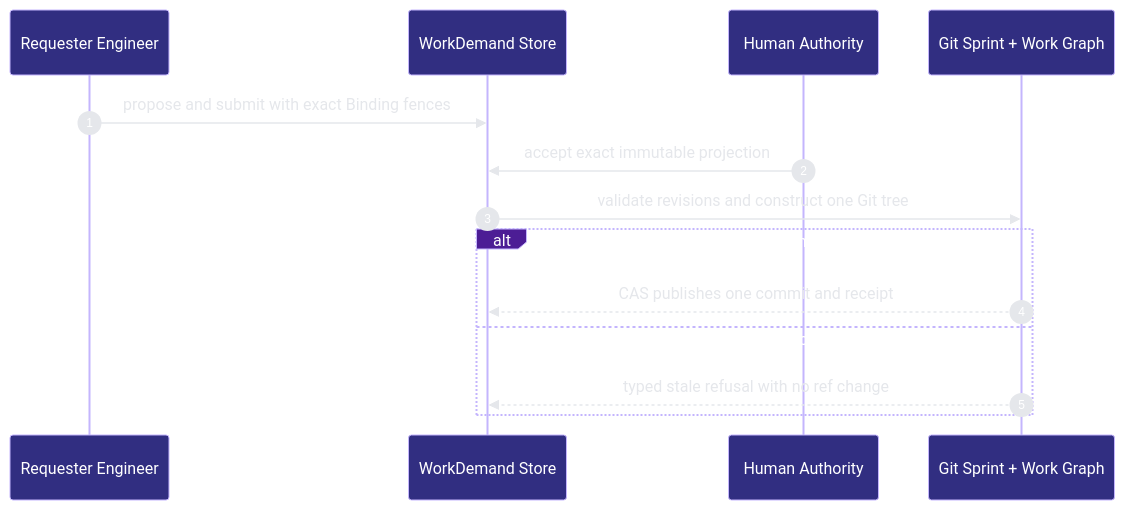
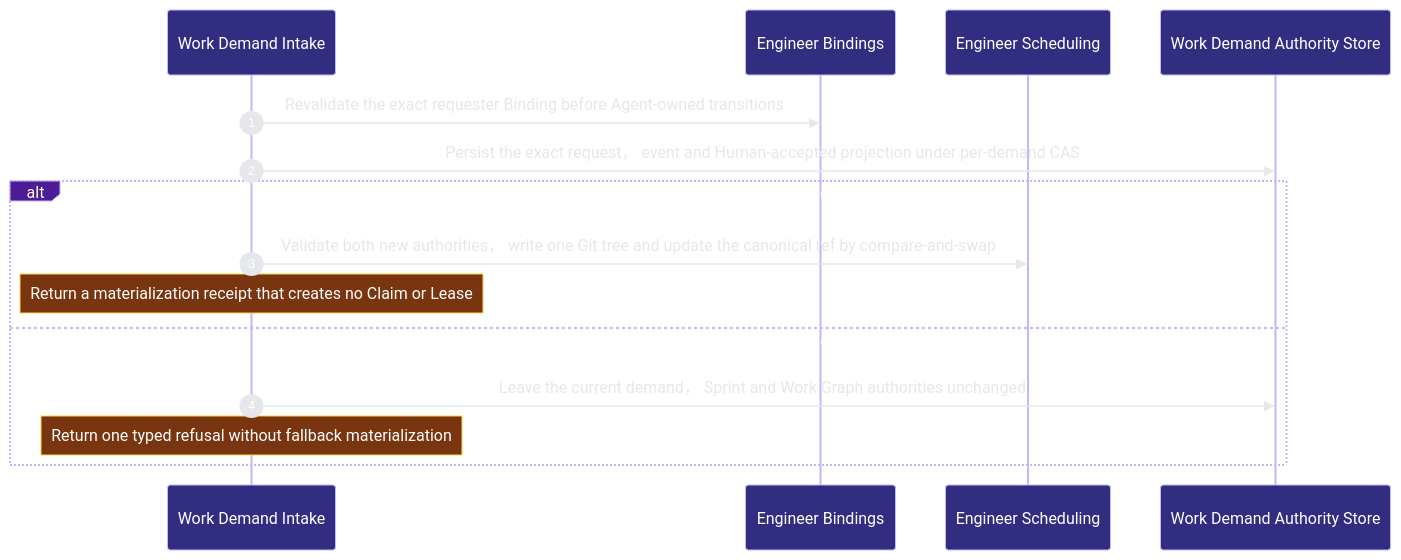
The second of 2 diagrams in docs/architecture/modules/runtime-harness/work-demand.md (Ancienttwo/repo-harness), drawn with Mermaid before and after one commit. The commit also changed other lines of this file and 12 other files, not shown here.

Commit message:
docs(architecture): adopt current projection

````diff
--- a/docs/architecture/modules/runtime-harness/work-demand.md
+++ b/docs/architecture/modules/runtime-harness/work-demand.md
@@ -48,17 +64,18 @@
 ```mermaid
 %%{init: {"theme":"base","themeVariables":{"background":"#0d1117","actorBkg":"#312e81","actorBorder":"#c4b5fd","actorTextColor":"#ffffff","signalColor":"#e5e7eb","signalTextColor":"#e5e7eb","labelBoxBkgColor":"#4c1d95","labelBoxBorderColor":"#c4b5fd","labelTextColor":"#ffffff","noteBkgColor":"#78350f","noteBorderColor":"#fcd34d","noteTextColor":"#ffffff","sequenceNumberColor":"#ffffff"}}}%%
 sequenceDiagram
   autonumber
-  participant E as Requester Engineer
-  participant D as WorkDemand Store
-  participant H as Human Authority
-  participant G as Git Sprint + Work Graph
-  E->>D: propose and submit with exact Binding fences
-  H->>D: accept exact immutable projection
-  D->>G: validate revisions and construct one Git tree
-  alt target ref still matches
-    G-->>D: CAS publishes one commit and receipt
-  else Sprint or graph moved
-    G-->>D: typed stale refusal with no ref change
+  participant p2_work_demand_869df62d as Work Demand Intake
+  participant p2_engineer_bindings_4e9749d0 as Engineer Bindings
+  participant p2_engineer_scheduling_873d6e50 as Engineer Scheduling
+  participant p2_demand_store_99389b2e as Work Demand Authority Store
+  p2_work_demand_869df62d->>p2_engineer_bindings_4e9749d0: Revalidate the exact requester Binding before Agent-owned transitions
+  p2_work_demand_869df62d->>p2_demand_store_99389b2e: Persist the exact request， event and Human-accepted projection under per-demand CAS
+  alt The accepted task becomes canonical in one Git commit
+  p2_work_demand_869df62d->>p2_engineer_scheduling_873d6e50: Validate both new authorities， write one Git tree and update the canonical ref by compare-and-swap
+    Note over p2_work_demand_869df62d: Return a materialization receipt that creates no Claim or Lease
+  else Actor， digest or canonical revision mismatch fails closed
+  p2_work_demand_869df62d->>p2_demand_store_99389b2e: Leave the current demand， Sprint and Work Graph authorities unchanged
+    Note over p2_work_demand_869df62d: Return one typed refusal without fallback materialization
   end
 ```
````
